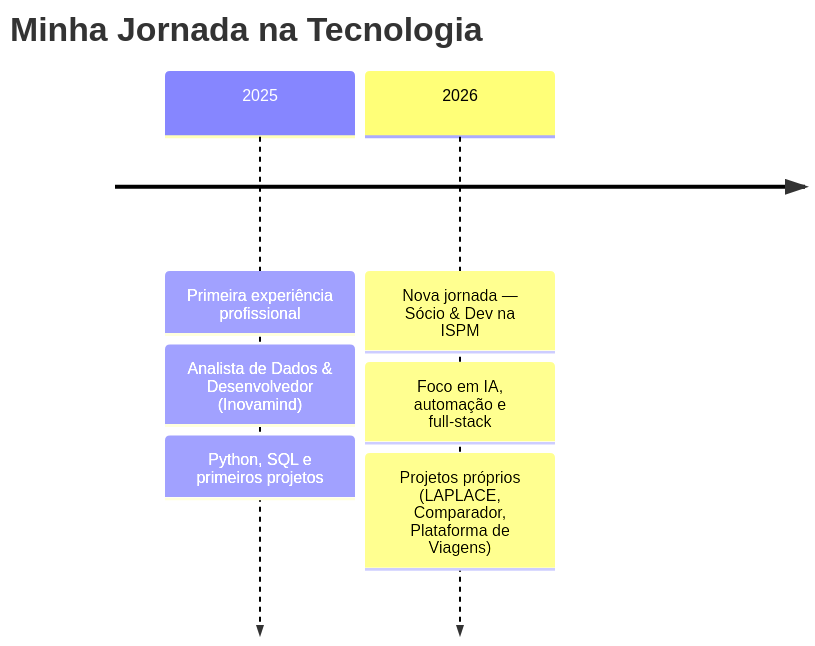
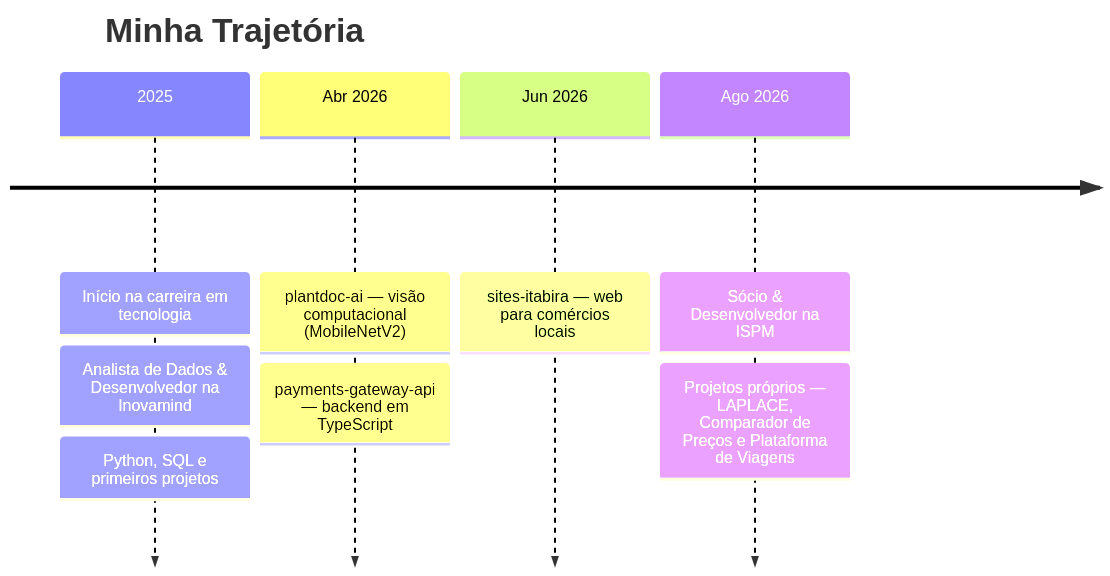
The diagram in README.md (diego-caldeira-12/diego-caldeira-12), drawn with Mermaid before and after one commit. The commit also changed other lines of this file and 3 other files, not shown here.

````diff
--- a/README.md
+++ b/README.md
@@ -192,10 +212,8 @@
 ```mermaid
 timeline
-    title Minha Jornada na Tecnologia
-    2025 : Primeira experiência profissional
-         : Analista de Dados & Desenvolvedor (Inovamind)
-         : Python, SQL e primeiros projetos
-    2026 : Nova jornada — Sócio & Dev na ISPM
-         : Foco em IA, automação e full-stack
-         : Projetos próprios (LAPLACE, Comparador, Plataforma de Viagens)
+    title Minha Trajetória
+    2025 : Início na carreira em tecnologia : Analista de Dados & Desenvolvedor na Inovamind : Python, SQL e primeiros projetos
+    Abr 2026 : plantdoc-ai — visão computacional (MobileNetV2) : payments-gateway-api — backend em TypeScript
+    Jun 2026 : sites-itabira — web para comércios locais
+    Ago 2026 : Sócio & Desenvolvedor na ISPM : Projetos próprios — LAPLACE, Comparador de Preços e Plataforma de Viagens
 ```
````
